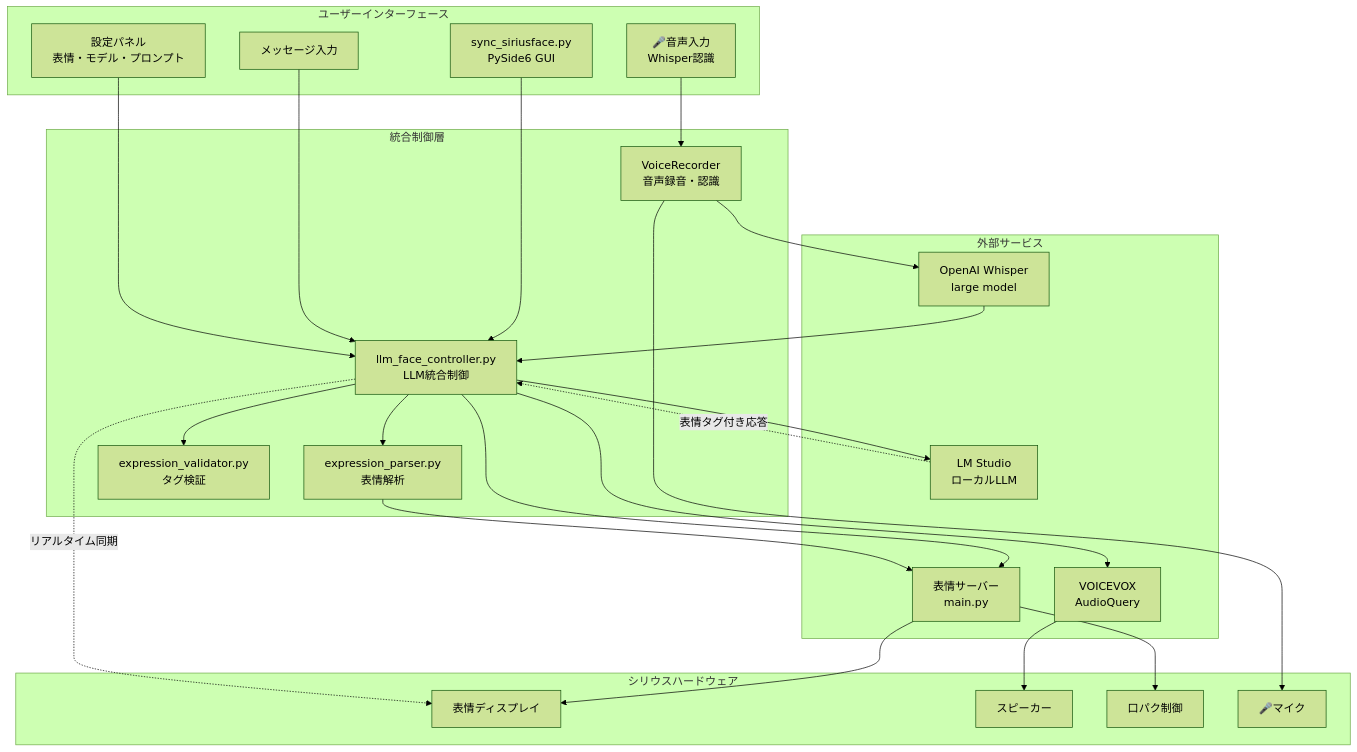
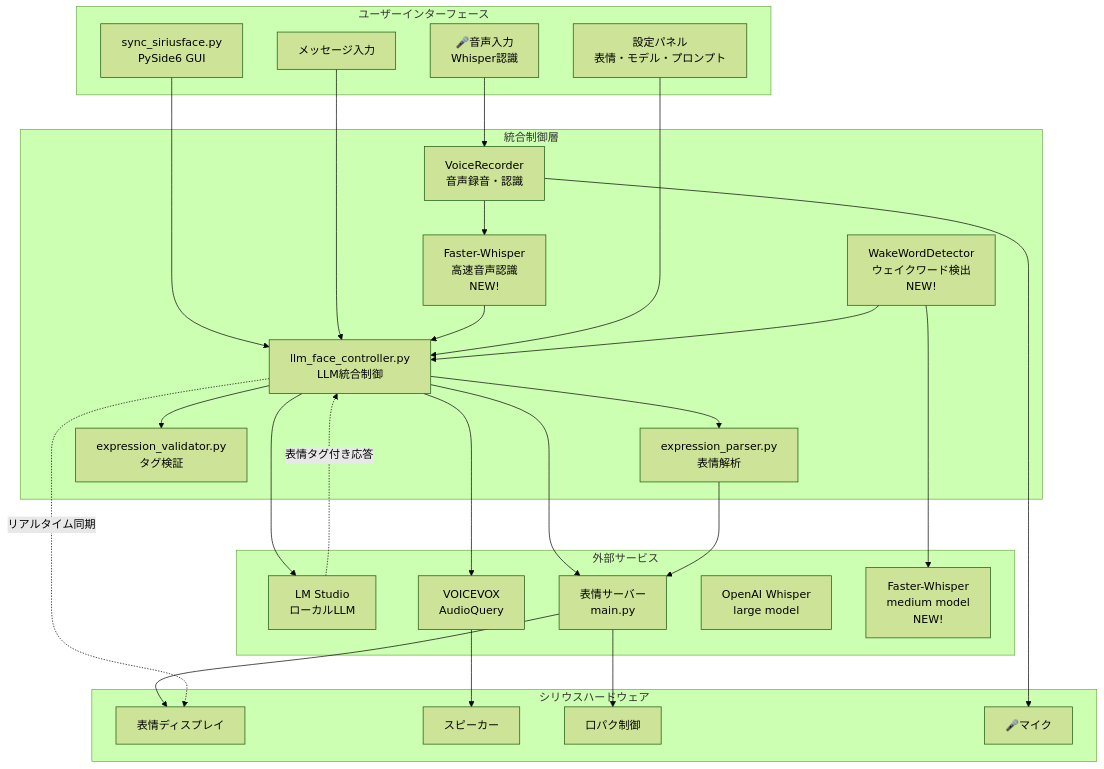
The first of 11 diagrams in README.md (YakiFrog/LocalLLM_Test), drawn with Mermaid (forest theme) before and after one commit. The commit also changed other lines of this file and 1 other file, not shown here.

````diff
--- a/README.md
+++ b/README.md
@@ -81,52 +92,56 @@
 ```mermaid
 graph TB
     subgraph "ユーザーインターフェース"
         UI[sync_siriusface.py<br/>PySide6 GUI]
         Input[メッセージ入力]
         Voice[🎤音声入力<br/>Whisper認識]
         Settings[設定パネル<br/>表情・モデル・プロンプト]
     end
     
-    subgraph "統合制御層"
+        subgraph "統合制御層"
         Controller[llm_face_controller.py<br/>LLM統合制御]
         Parser[expression_parser.py<br/>表情解析]
         Validator[expression_validator.py<br/>タグ検証]
         VoiceRecorder[VoiceRecorder<br/>音声録音・認識]
-    end
-    
-    subgraph "外部サービス"
+        WakeWordDetector[WakeWordDetector<br/>ウェイクワード検出<br/>NEW!]
+        FastWhisper[Faster-Whisper<br/>高速音声認識<br/>NEW!]
+    end    subgraph "外部サービス"
         LM[LM Studio<br/>ローカルLLM]
         Voice_API[VOICEVOX<br/>AudioQuery]
         Face[表情サーバー<br/>main.py]
         Whisper[OpenAI Whisper<br/>large model]
+        FasterWhisper[Faster-Whisper<br/>medium model<br/>NEW!]
     end
     
     subgraph "シリウスハードウェア"
         Display[表情ディスプレイ]
         Speaker[スピーカー]
         Mouth[口パク制御]
         Microphone[🎤マイク]
     end
     
     UI --> Controller
     Input --> Controller
     Voice --> VoiceRecorder
-    VoiceRecorder --> Whisper
-    Whisper --> Controller
+    VoiceRecorder --> FastWhisper
+    FastWhisper --> Controller
     Settings --> Controller
     
     Controller --> LM
     Controller --> Voice_API
     Controller --> Face
     Controller --> Parser
     Controller --> Validator
+    
+    WakeWordDetector --> FasterWhisper
+    WakeWordDetector --> Controller
     
     Parser --> Face
     Voice_API --> Speaker
     Face --> Display
     Face --> Mouth
     VoiceRecorder --> Microphone
     
     LM -.->|表情タグ付き応答| Controller
     Controller -.->|リアルタイム同期| Display
 ```
````
